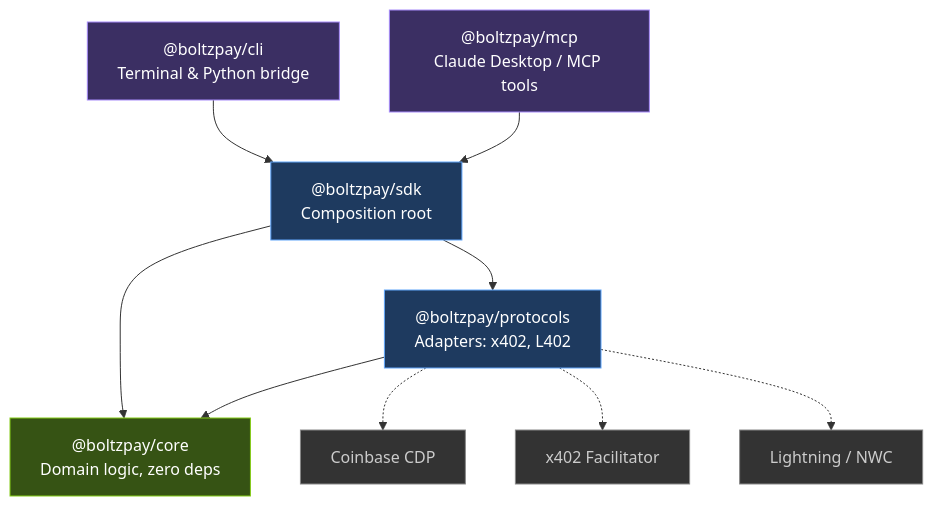
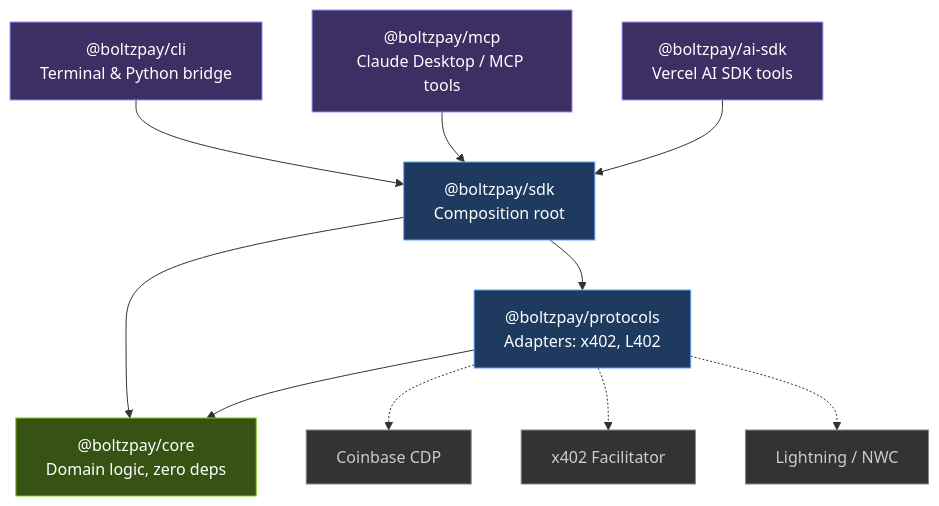
The diagram in apps/docs-mintlify/concepts/architecture.mdx (leventilo/boltzpay), drawn with Mermaid before and after one commit. The commit also changed other lines of this file and 2 other files, not shown here.

Commit message:
fix(build): align docs schemas

````diff
--- a/apps/docs-mintlify/concepts/architecture.mdx
+++ b/apps/docs-mintlify/concepts/architecture.mdx
@@ -10,30 +10,33 @@
 ```mermaid
 flowchart TB
     CLI["@boltzpay/cli<br/>Terminal & Python bridge"]
     MCP["@boltzpay/mcp<br/>Claude Desktop / MCP tools"]
+    AISDK["@boltzpay/ai-sdk<br/>Vercel AI SDK tools"]
     SDK["@boltzpay/sdk<br/>Composition root"]
     Protocols["@boltzpay/protocols<br/>Adapters: x402, L402"]
     Core["@boltzpay/core<br/>Domain logic, zero deps"]
 
     CDP["Coinbase CDP"]
     Facilitator["x402 Facilitator"]
     Lightning["Lightning / NWC"]
 
     CLI --> SDK
     MCP --> SDK
+    AISDK --> SDK
     SDK --> Protocols
     SDK --> Core
     Protocols --> Core
     Protocols -.-> CDP
     Protocols -.-> Facilitator
     Protocols -.-> Lightning
 
     style Core fill:#365314,stroke:#84cc16,color:#fff
     style SDK fill:#1e3a5f,stroke:#60a5fa,color:#fff
     style Protocols fill:#1e3a5f,stroke:#60a5fa,color:#fff
     style CLI fill:#3b2f63,stroke:#a78bfa,color:#fff
     style MCP fill:#3b2f63,stroke:#a78bfa,color:#fff
+    style AISDK fill:#3b2f63,stroke:#a78bfa,color:#fff
     style CDP fill:#333,stroke:#888,color:#ccc
     style Facilitator fill:#333,stroke:#888,color:#ccc
     style Lightning fill:#333,stroke:#888,color:#ccc
 ```
````
